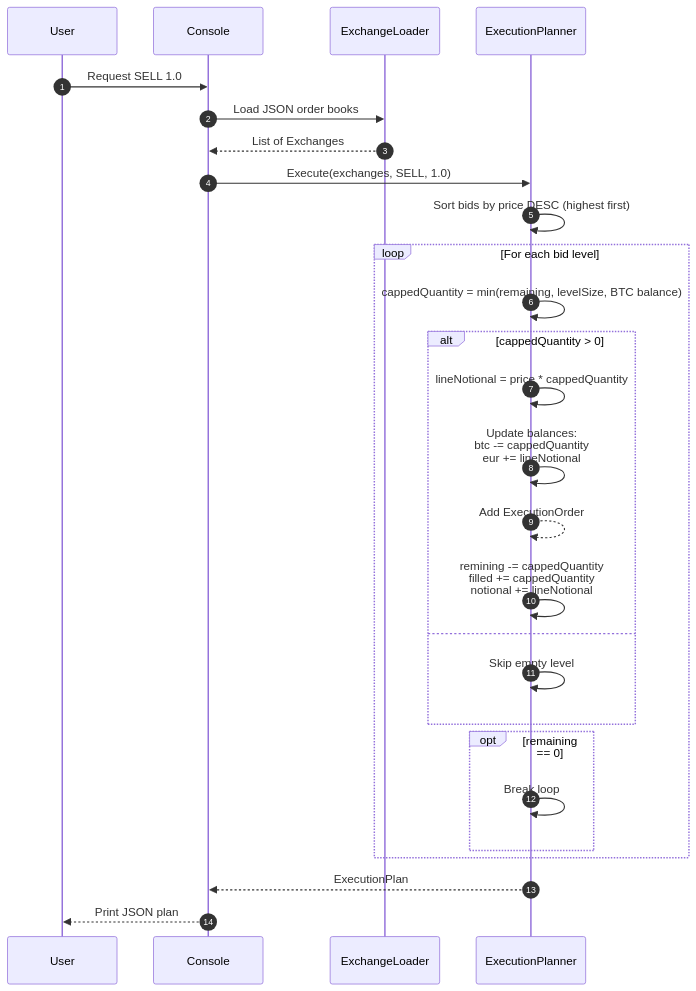
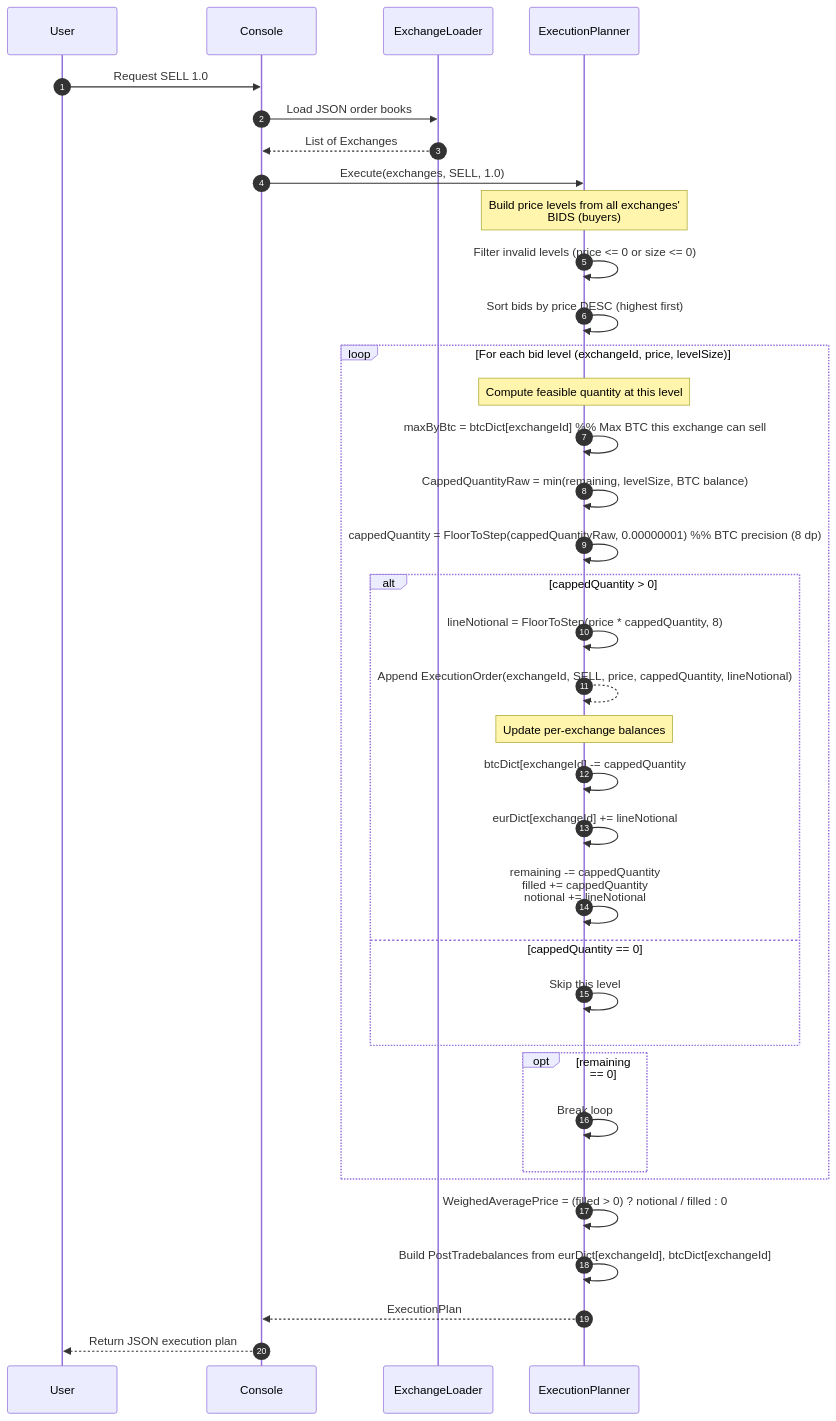
Before and after one commit to handyana-adesso/MetaExchanges: the third of 4 diagrams in README.md, drawn with Mermaid. The commit also changed other lines of this file, not shown here.

Commit message:
adjust sequence diagrams

````diff
--- a/README.md
+++ b/README.md
@@ -132,33 +159,44 @@
 	```mermaid
 	sequenceDiagram
 		autonumber
 		participant User
-		participant CLI as Console
+		participant Client as Console
 		participant Loader as ExchangeLoader
 		participant Planner as ExecutionPlanner
  
-		User->>CLI: Request SELL 1.0
-		CLI->>Loader: Load JSON order books
-		Loader-->>CLI: List of Exchanges
-		CLI->>Planner: Execute(exchanges, SELL, 1.0)
+		User->>Client: Request SELL 1.0
+		Client->>Loader: Load JSON order books
+		Loader-->>Client: List of Exchanges
+		Client->>Planner: Execute(exchanges, SELL, 1.0)
 
+		Note over Planner: Build price levels from all exchanges' <br/>BIDS (buyers)
+		Planner->>Planner: Filter invalid levels (price <= 0 or size <= 0)
 		Planner->>Planner: Sort bids by price DESC (highest first)
 
-		loop For each bid level
-			Planner->>Planner: cappedQuantity = min(remaining, levelSize, BTC balance)
+		loop For each bid level (exchangeId, price, levelSize)
+			Note over Planner: Compute feasible quantity at this level
+			Planner->>Planner: maxByBtc = btcDict[exchangeId] %% Max BTC this exchange can sell
+			Planner->>Planner: CappedQuantityRaw = min(remaining, levelSize, BTC balance)
+			Planner->>Planner: cappedQuantity = FloorToStep(cappedQuantityRaw, 0.00000001) %% BTC precision (8 dp)
+
 			alt cappedQuantity > 0
-				Planner->>Planner: lineNotional = price * cappedQuantity
-				Planner->>Planner: Update balances:<br/>btc -= cappedQuantity<br/>eur += lineNotional
-				Planner-->>Planner: Add ExecutionOrder
-				Planner->>Planner: remining -= cappedQuantity<br/>filled += cappedQuantity<br/>notional += lineNotional
-			else
-				Planner->>Planner: Skip empty level
+				Planner->>Planner: lineNotional = FloorToStep(price * cappedQuantity, 8)
+				Planner-->>Planner: Append ExecutionOrder(exchangeId, SELL, price, cappedQuantity, lineNotional)
+				Note over Planner: Update per-exchange balances
+				Planner->>Planner: btcDict[exchangeId] -= cappedQuantity
+				Planner->>Planner: eurDict[exchangeId] += lineNotional
+				Planner->>Planner: remaining -= cappedQuantity<br/>filled += cappedQuantity<br/>notional += lineNotional
+			else cappedQuantity == 0
+				Planner->>Planner: Skip this level
 			end
+
 			opt remaining == 0
 				Planner->>Planner: Break loop
 			end
 		end
 
-		Planner-->>CLI: ExecutionPlan
-		CLI-->>User: Print JSON plan
+		Planner->>Planner: WeighedAveragePrice = (filled > 0) ? notional / filled : 0
+		Planner->>Planner: Build PostTradebalances from eurDict[exchangeId], btcDict[exchangeId]
+		Planner-->>Client: ExecutionPlan
+		Client-->>User: Return JSON execution plan
 	```
````
